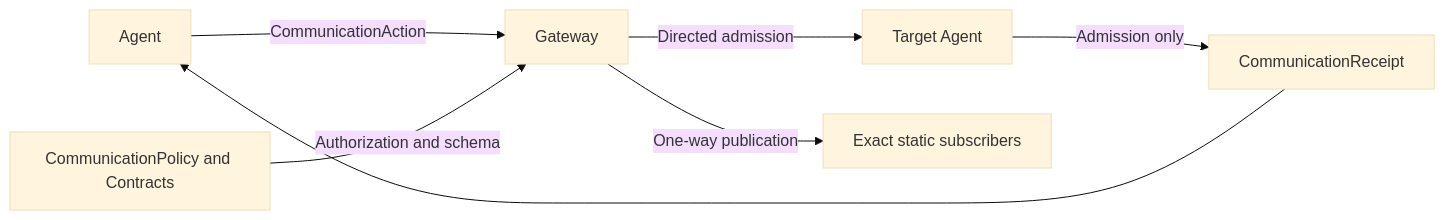
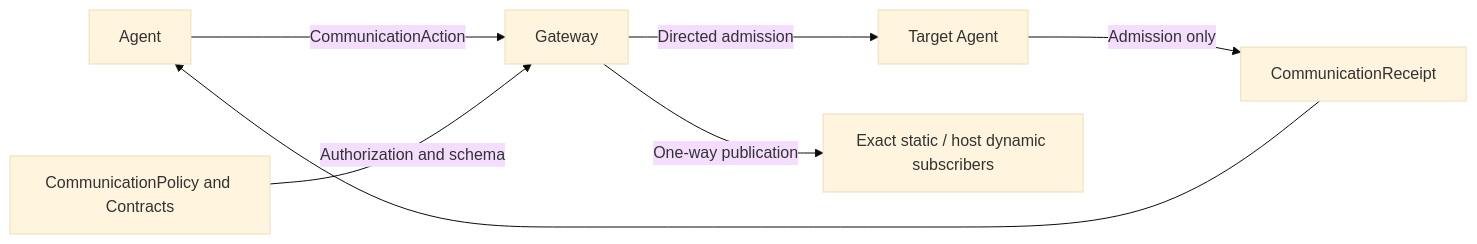
One commit to devilyouwei/MobileHarness changed the diagram in MobileHarness/Agents/Support/Core/Communication/README.md. Above: the diagram before and after it, drawn with Mermaid (base theme). The commit also changed other lines of this file and 113 other files, not shown here.

````diff
--- a/MobileHarness/Agents/Support/Core/Communication/README.md
+++ b/MobileHarness/Agents/Support/Core/Communication/README.md
@@ -15,9 +15,9 @@
 ```mermaid
 flowchart LR
  Agent -->|CommunicationAction| Gateway
  Policy[CommunicationPolicy and Contracts] -->|Authorization and schema| Gateway
  Gateway -->|Directed admission| Receiver[Target Agent]
  Receiver -->|Admission only| Receipt[CommunicationReceipt]
  Receipt --> Agent
- Gateway -->|One-way publication| Subscribers[Exact static subscribers]
+ Gateway -->|One-way publication| Subscribers[Exact static / host dynamic subscribers]
 ```
````
